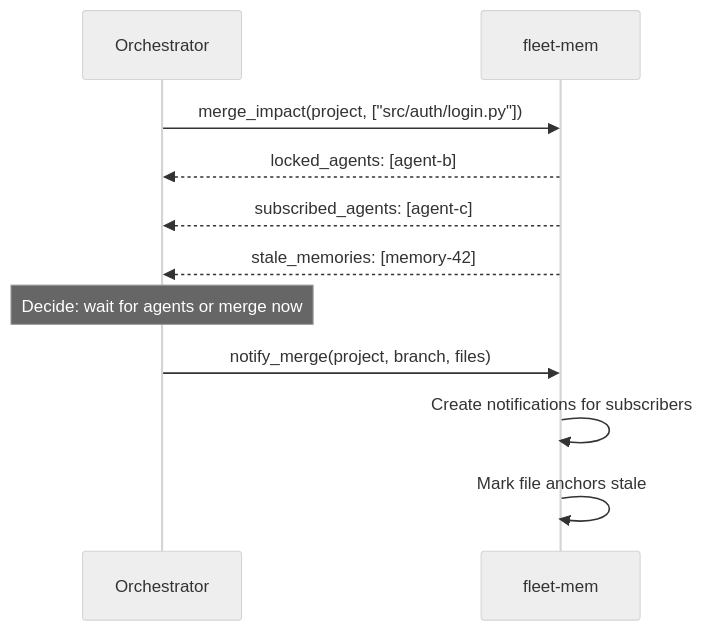
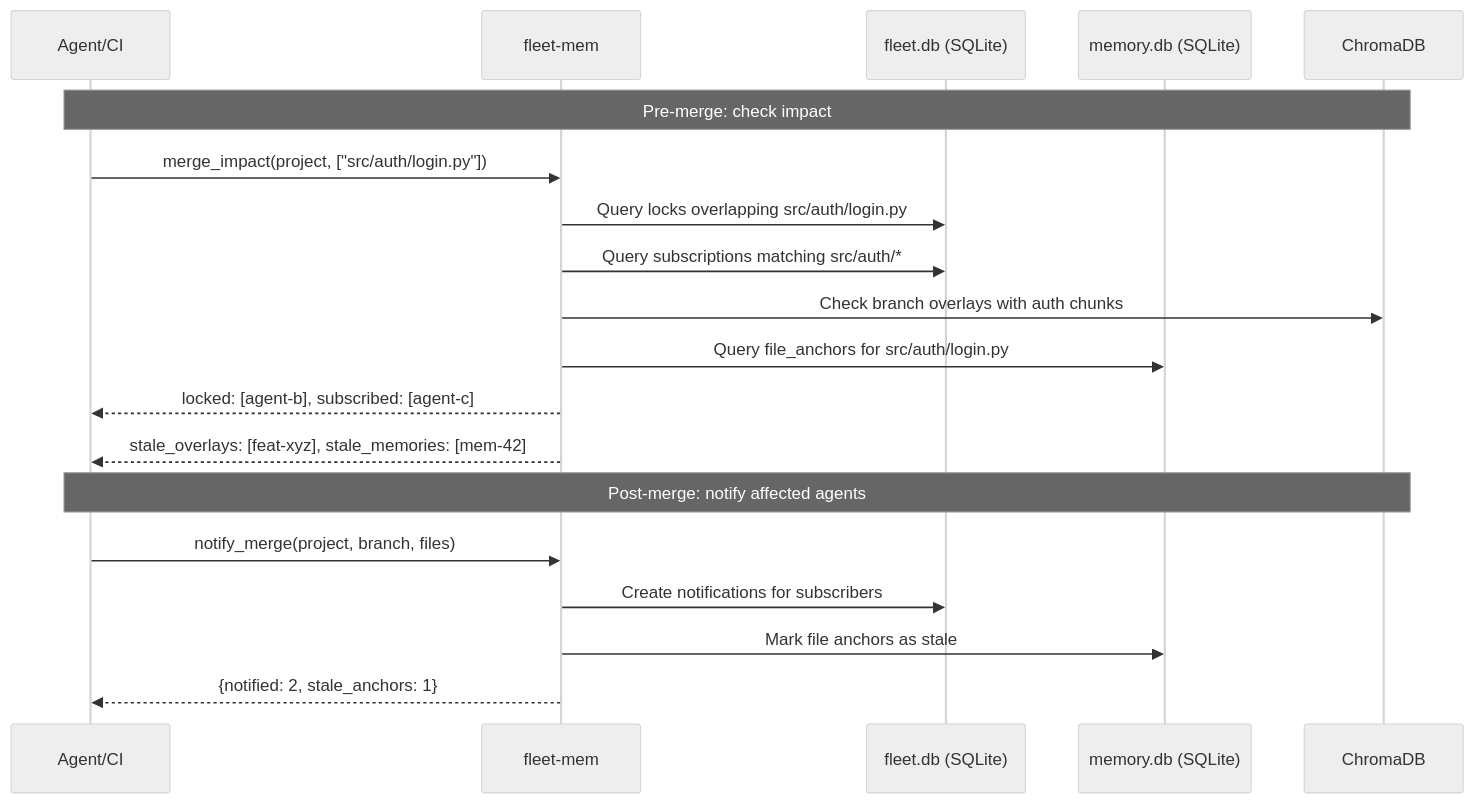
One commit to sam-ent/fleet-mem changed the sixth of 6 diagrams in README.md. Above: the diagram before and after it, drawn with Mermaid (neutral theme). The commit also changed other lines of this file, not shown here.

First line of the commit message:
docs: accurate process flow diagrams with all storage layers

````diff
--- a/README.md
+++ b/README.md
@@ -179,16 +252,23 @@
 ```mermaid
 sequenceDiagram
-    participant O as Orchestrator
+    participant AC as Agent/CI
     participant FM as fleet-mem
+    participant F as fleet.db (SQLite)
+    participant M as memory.db (SQLite)
+    participant C as ChromaDB
 
-    O->>FM: merge_impact(project, ["src/auth/login.py"])
-    FM-->>O: locked_agents: [agent-b]
-    FM-->>O: subscribed_agents: [agent-c]
-    FM-->>O: stale_memories: [memory-42]
+    Note over AC,C: Pre-merge: check impact
+    AC->>FM: merge_impact(project, ["src/auth/login.py"])
+    FM->>F: Query locks overlapping src/auth/login.py
+    FM->>F: Query subscriptions matching src/auth/*
+    FM->>C: Check branch overlays with auth chunks
+    FM->>M: Query file_anchors for src/auth/login.py
+    FM-->>AC: locked: [agent-b], subscribed: [agent-c]
+    FM-->>AC: stale_overlays: [feat-xyz], stale_memories: [mem-42]
 
-    Note over O: Decide: wait for agents or merge now
-
-    O->>FM: notify_merge(project, branch, files)
-    FM->>FM: Create notifications for subscribers
-    FM->>FM: Mark file anchors stale
+    Note over AC,C: Post-merge: notify affected agents
+    AC->>FM: notify_merge(project, branch, files)
+    FM->>F: Create notifications for subscribers
+    FM->>M: Mark file anchors as stale
+    FM-->>AC: {notified: 2, stale_anchors: 1}
 ```
````
